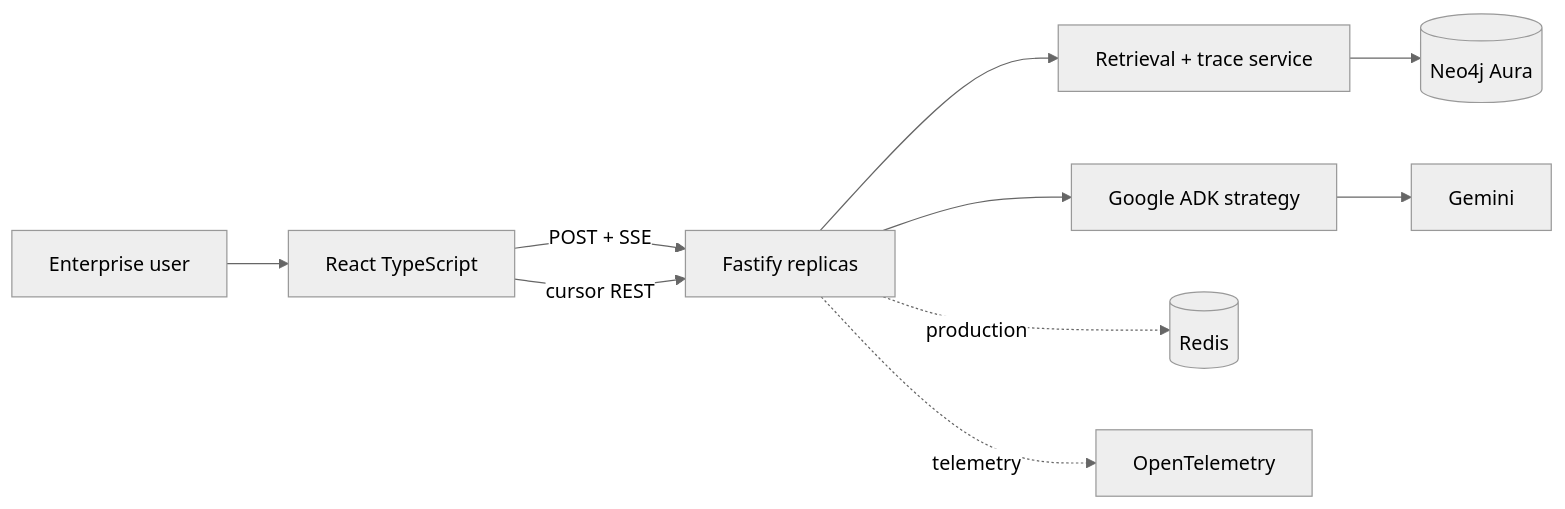
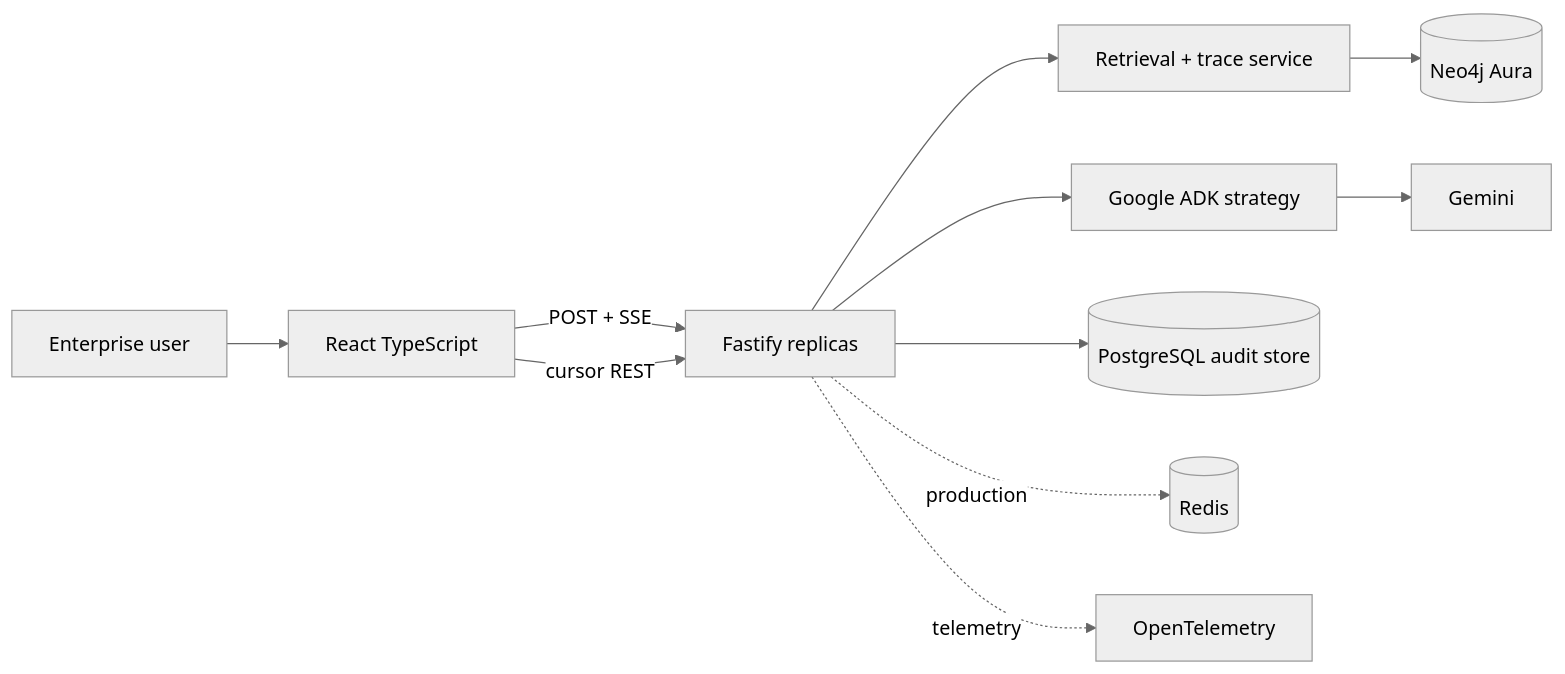
The diagram in docs/HLD.md (biswajitNanda223/may-the-knowledge-be-with-you), drawn with Mermaid (neutral theme) before and after one commit. The commit also changed other lines of this file and 32 other files, not shown here.

````diff
--- a/docs/HLD.md
+++ b/docs/HLD.md
@@ -7,12 +7,13 @@
 ```mermaid
 flowchart LR
   U[Enterprise user] --> W[React TypeScript]
   W -->|POST + SSE| F[Fastify replicas]
   W -->|cursor REST| F
   F --> R[Retrieval + trace service]
   F --> A[Google ADK strategy]
   R --> N[(Neo4j Aura)]
   A --> G[Gemini]
+  F --> P[(PostgreSQL audit store)]
   F -. production .-> C[(Redis)]
   F -. telemetry .-> O[OpenTelemetry]
 ```
````
